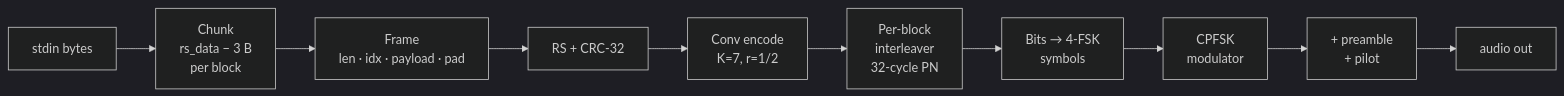
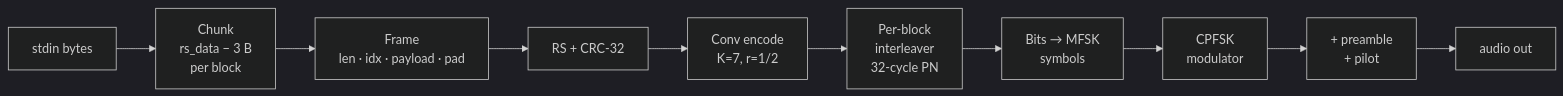
The first of 2 diagrams in README.md (ivica3730k/minimodem-rs), drawn with Mermaid (dark theme) before and after one commit. The commit also changed other lines of this file, not shown here.

````diff
--- a/README.md
+++ b/README.md
@@ -177,12 +174,12 @@
 ```mermaid
 flowchart LR
     A[stdin bytes] --> B[Chunk<br/>rs_data − 3 B<br/>per block]
     B --> C[Frame<br/>len · idx · payload · pad]
     C --> D[RS + CRC-32]
     D --> E[Conv encode<br/>K=7, r=1/2]
     E --> F[Per-block<br/>interleaver<br/>32-cycle PN]
-    F --> G[Bits → 4-FSK<br/>symbols]
+    F --> G[Bits → MFSK<br/>symbols]
     G --> H[CPFSK<br/>modulator]
     H --> I[+ preamble<br/>+ pilot]
     I --> J[audio out]
 ```
````
